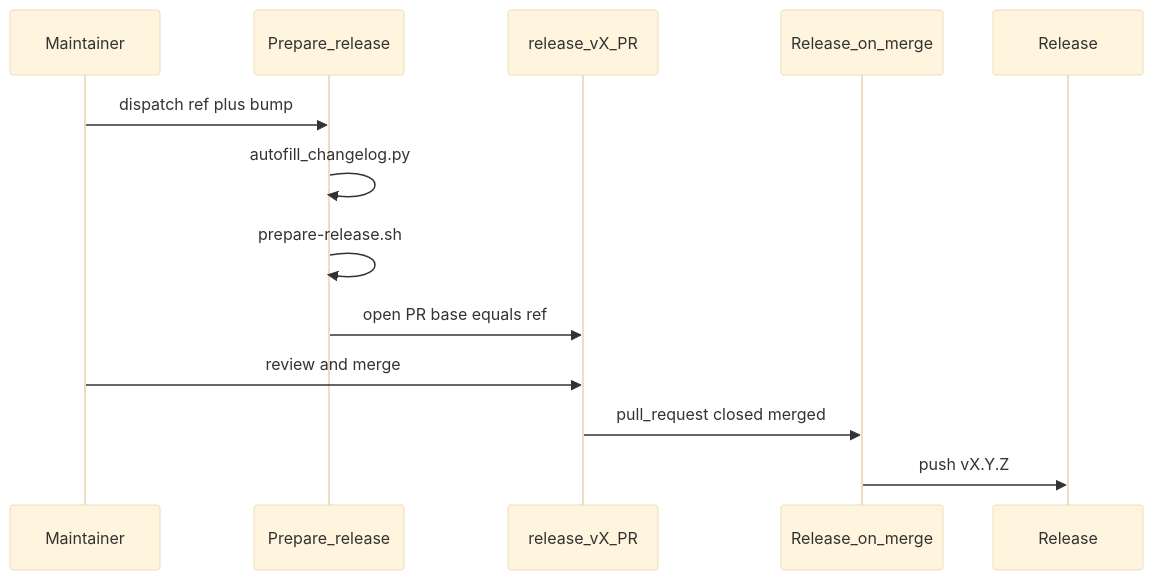
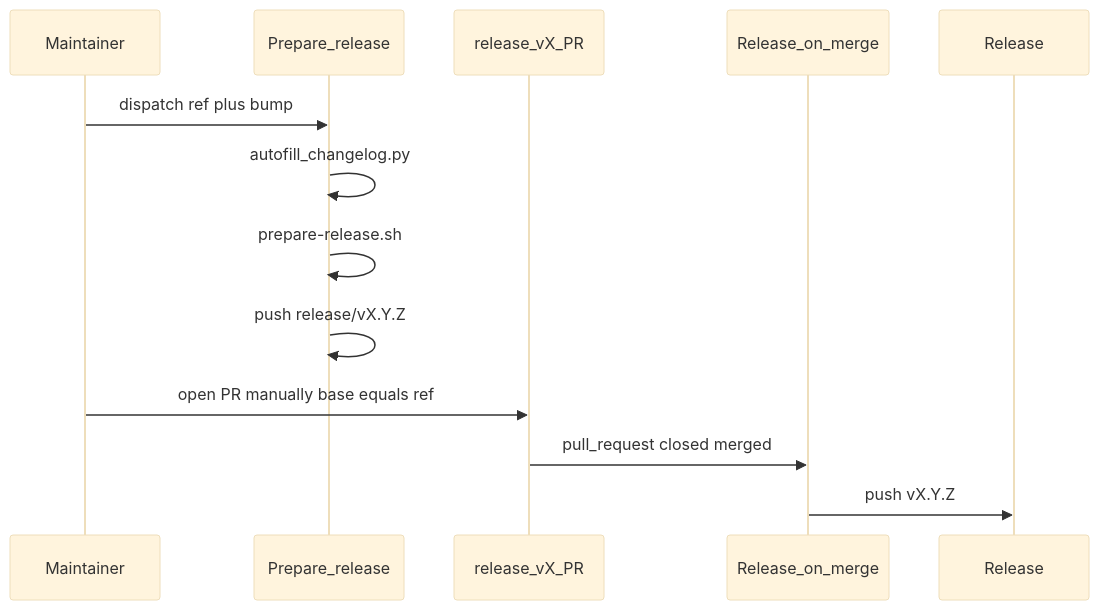
Before and after one commit to PriyanshiAgg/ai-defense-cli: the diagram in docs/specs/003-cli-release/design.md, drawn with Mermaid (base theme). The commit also changed other lines of this file and 6 other files, not shown here.

````diff
--- a/docs/specs/003-cli-release/design.md
+++ b/docs/specs/003-cli-release/design.md
@@ -12,16 +12,16 @@
 ```mermaid
 sequenceDiagram
   participant M as Maintainer
   participant Prep as Prepare_release
   participant PR as release_vX_PR
   participant Tag as Release_on_merge
   participant Rel as Release
 
   M->>Prep: dispatch ref plus bump
   Prep->>Prep: autofill_changelog.py
   Prep->>Prep: prepare-release.sh
-  Prep->>PR: open PR base equals ref
-  M->>PR: review and merge
+  Prep->>Prep: push release/vX.Y.Z
+  M->>PR: open PR manually base equals ref
   PR->>Tag: pull_request closed merged
   Tag->>Rel: push vX.Y.Z
 ```
````
